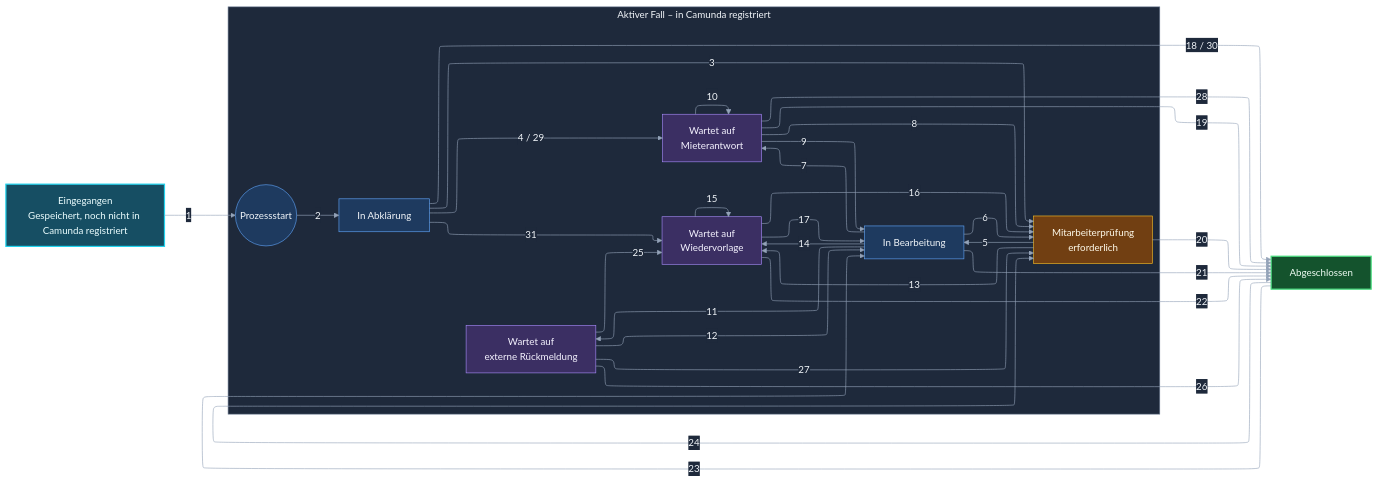
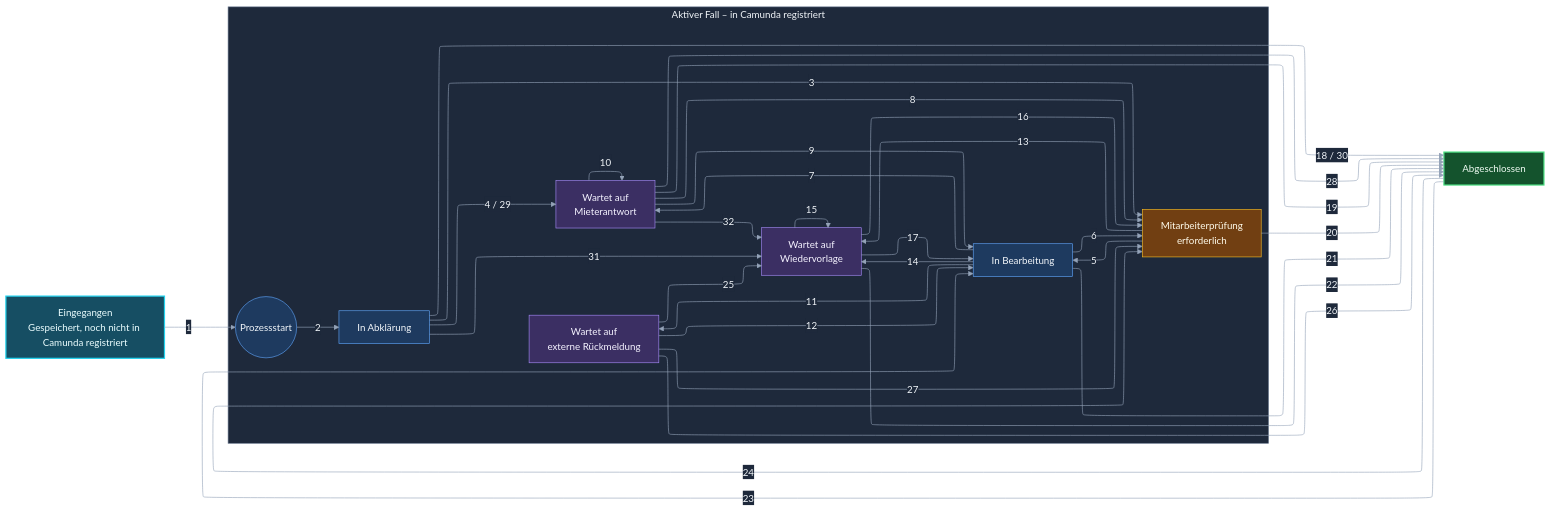
One commit to permarco/propertyflow changed the diagram in docs/specifications/fallverwaltung.md. Above: the diagram before and after it, drawn with Mermaid. The commit also changed other lines of this file and 9 other files, not shown here.

````diff
--- a/docs/specifications/fallverwaltung.md
+++ b/docs/specifications/fallverwaltung.md
@@ -96,60 +96,61 @@
 ```mermaid
 %%{init: {"flowchart":{"curve":"basis","nodeSpacing":42,"rankSpacing":55},"layout":"elk","theme": "base", "themeVariables": {"darkMode": true, "background": "#0f172a", "primaryColor": "#1e3a5f", "primaryTextColor": "#f1f5f9", "primaryBorderColor": "#60a5fa", "lineColor": "#94a3b8", "textColor": "#f1f5f9", "edgeLabelBackground": "#1e293b", "clusterBkg": "#1e293b", "clusterBorder": "#64748b"}}}%%
 flowchart LR
     E["Eingegangen<br/>Gespeichert, noch nicht in Camunda registriert"]
     subgraph Aktiv["Aktiver Fall – in Camunda registriert"]
         direction LR
         Start(("Prozessstart"))
         A["In Abklärung"]
         M["Wartet auf<br/>Mieterantwort"]
         X["Wartet auf<br/>externe Rückmeldung"]
         W["Wartet auf<br/>Wiedervorlage"]
         B["In Bearbeitung"]
         P["Mitarbeiterprüfung<br/>erforderlich"]
     end
     Z["Abgeschlossen"]
     E -->|"1"| Start
     Start -->|"2"| A
     A -->|"4 / 29"| M
     M -->|"9"| B
     W -->|"17"| B
     B -->|"6"| P
     A -->|"3"| P
     P -->|"5"| B
     B -->|"7"| M
     M -->|"8"| P
     M -->|"10"| M
     B -->|"11"| X
     X -->|"12"| B
     X -->|"25"| W
     X -->|"26"| Z
     X -->|"27"| P
     M -->|"28"| Z
     P -->|"13"| W
     B -->|"14"| W
     W -->|"15"| W
     W -->|"16"| P
     A -->|"18 / 30"| Z
     A -->|"31"| W
+    M -->|"32"| W
     M -->|"19"| Z
     P -->|"20"| Z
     B -->|"21"| Z
     W -->|"22"| Z
     Z -->|"23"| B
     Z -->|"24"| P
     %% Unsichtbare Verbindungen richten die Wartezustände aus.
     A ~~~ X
     A ~~~ W
     X ~~~ B
     M ~~~ B
     W ~~~ B
     classDef processing fill:#1e3a5f,stroke:#60a5fa,color:#f1f5f9
     classDef waiting fill:#3b2f63,stroke:#a78bfa,color:#f5f3ff
     classDef review fill:#713f12,stroke:#fbbf24,color:#fffbeb
     class A,B,Start processing
     class M,X,W waiting
     class P review
     style E fill:#164e63,stroke:#22d3ee,color:#ecfeff,stroke-width:2px
     style Z fill:#14532d,stroke:#4ade80,color:#f0fdf4,stroke-width:2px
     style Aktiv fill:#1e293b,stroke:#64748b,color:#f1f5f9
 ```
````
